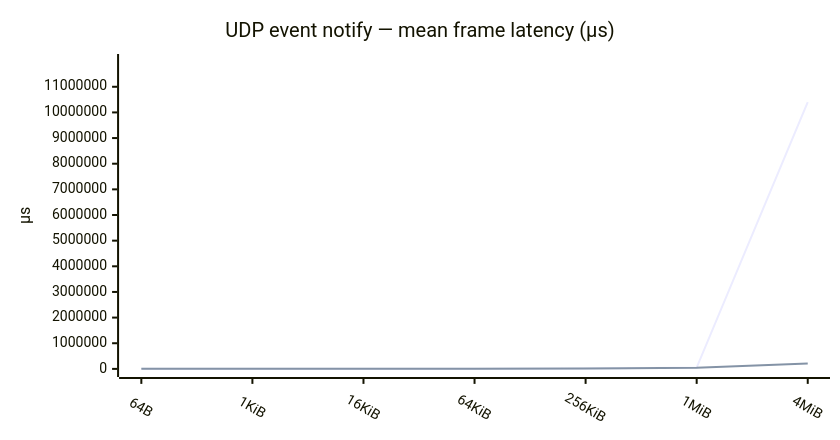
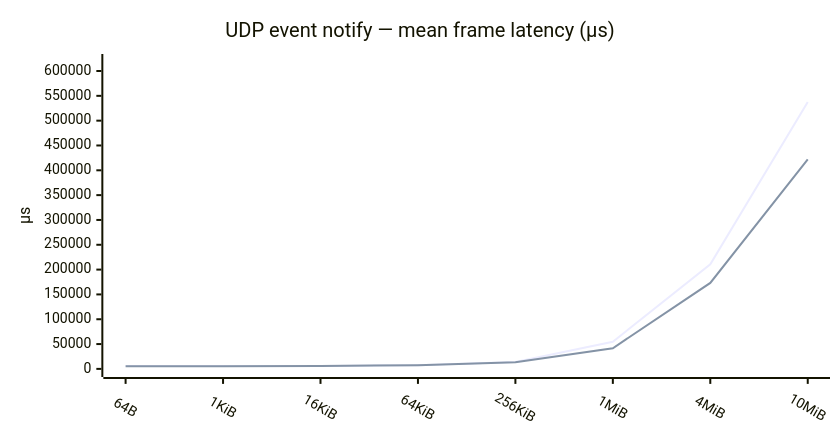
Before and after one commit to sgmenon/middleware-comparison: the second of 2 diagrams in vsomeip/results-snapshot.md, drawn with Mermaid. The commit also changed other lines of this file and 23 other files, not shown here.

````diff
--- a/vsomeip/results-snapshot.md
+++ b/vsomeip/results-snapshot.md
@@ -35,17 +121,17 @@
 ```mermaid
 ---
 config:
   xyChart:
     width: 820
     height: 420
     showLegend: true
     xAxis:
       labelRotation: 30
 ---
 xychart-beta
     title "UDP event notify — mean frame latency (µs)"
-    x-axis [64B, 1KiB, 16KiB, 64KiB, 256KiB, 1MiB, 4MiB]
-    y-axis "µs" 0 --> 11965794
-    line "covesa" [5765.993, 5530.997, 5928.795, 7313.089, 13686.519, 49624.208, 10405036.837]
-    line "sgmenon" [5214.468, 5210.828, 5646.122, 7275.640, 12594.125, 40283.676, 205757.025]
+    x-axis [64B, 1KiB, 16KiB, 64KiB, 256KiB, 1MiB, 4MiB, 10MiB]
+    y-axis "µs" 0 --> 618156
+    line "covesa" [5679.635, 5626.144, 5995.980, 7553.618, 13955.920, 54705.413, 210659.519, 537525.674]
+    line "sgmenon" [5357.976, 5556.802, 5808.618, 7438.304, 13346.705, 41592.758, 173191.648, 421893.922]
 ```
````
